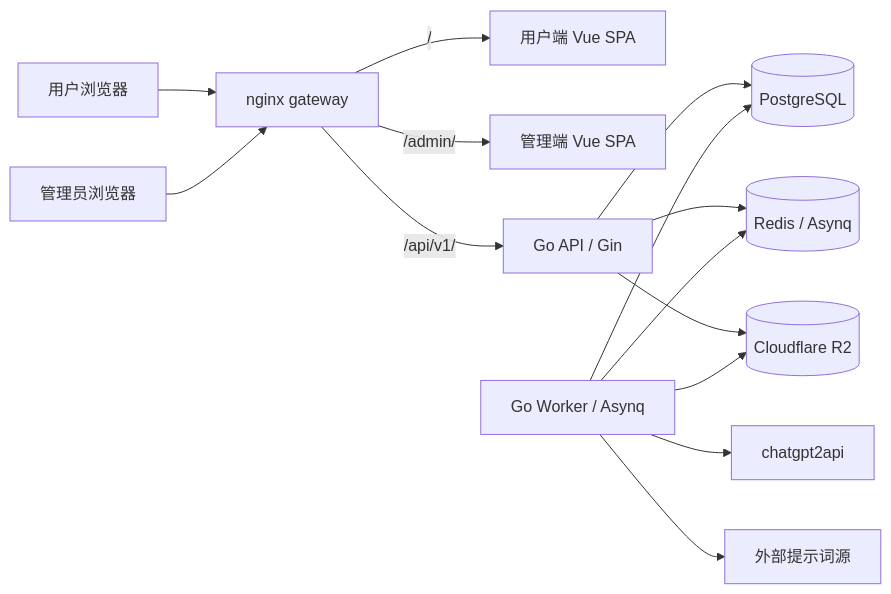
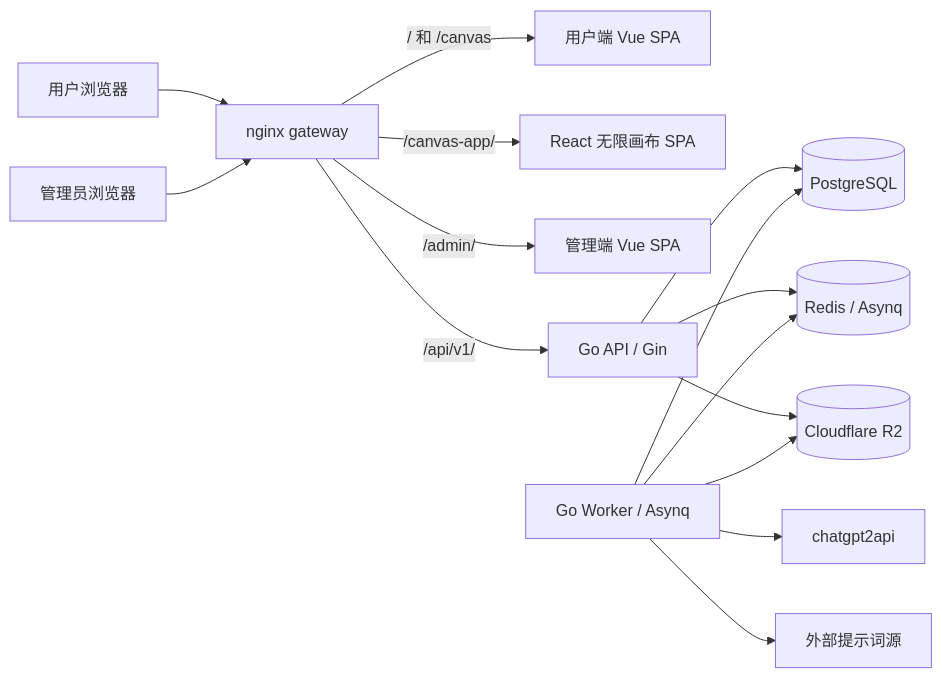
Before and after one commit to BlankLife886/startcloudsai: the first of 2 diagrams in docs/ARCHITECTURE.md, drawn with Mermaid. The commit also changed other lines of this file and 309 other files, not shown here.

````diff
--- a/docs/ARCHITECTURE.md
+++ b/docs/ARCHITECTURE.md
@@ -7,16 +7,17 @@
 ```mermaid
 flowchart LR
   U[用户浏览器] --> G[nginx gateway]
   A[管理员浏览器] --> G
-  G -->|/| W[用户端 Vue SPA]
+  G -->|/ 和 /canvas| W[用户端 Vue SPA]
+  G -->|/canvas-app/| V[React 无限画布 SPA]
   G -->|/admin/| M[管理端 Vue SPA]
   G -->|/api/v1/| S[Go API / Gin]
   S --> P[(PostgreSQL)]
   S --> R[(Redis / Asynq)]
   S --> O[(Cloudflare R2)]
   K[Go Worker / Asynq] --> P
   K --> R
   K --> C[chatgpt2api]
   K --> O
   K --> X[外部提示词源]
 ```
````
